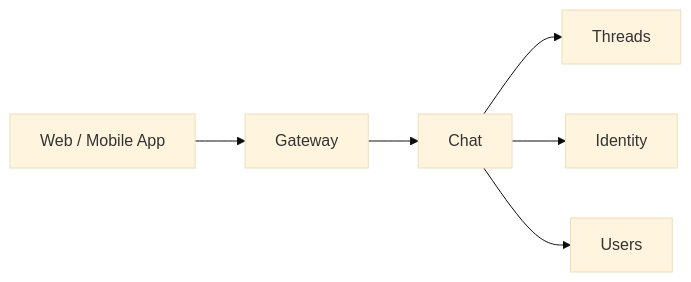
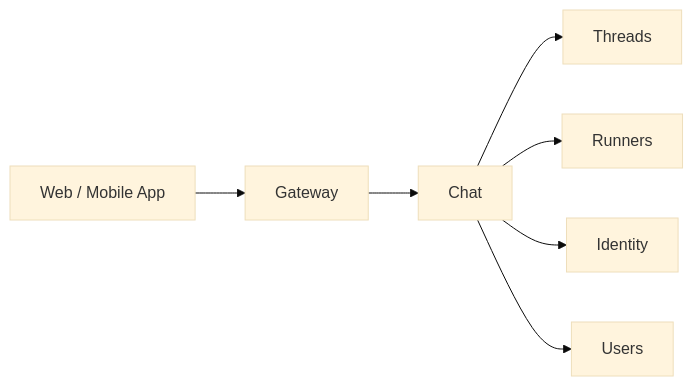
Before and after one commit to agynio/architecture: the diagram in architecture/chat.md, drawn with Mermaid (base theme). The commit also changed other lines of this file and 2 other files, not shown here.

Commit message:
Add unread messages and status to chat spec

````diff
--- a/architecture/chat.md
+++ b/architecture/chat.md
@@ -23,8 +23,9 @@
 ```mermaid
 graph LR
     UI[Web / Mobile App] --> GW[Gateway]
     GW --> Chat
     Chat --> Threads
+    Chat --> Runners
     Chat --> Identity
     Chat --> Users
 ```
````
